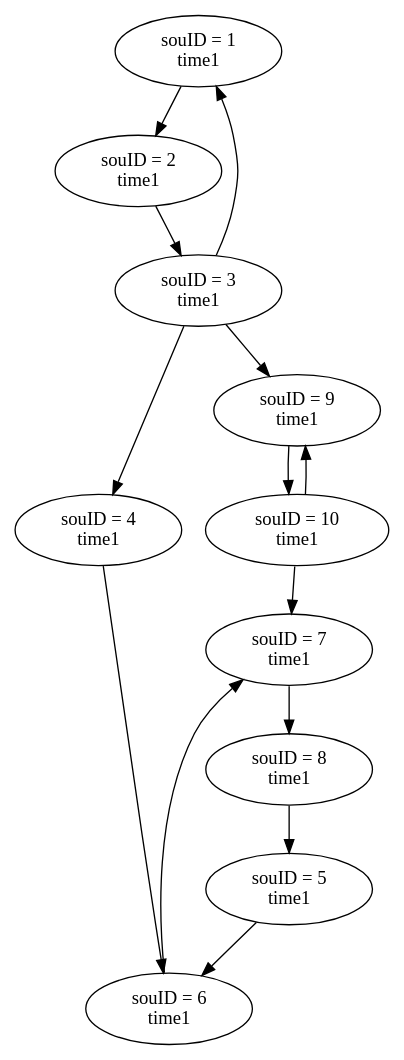
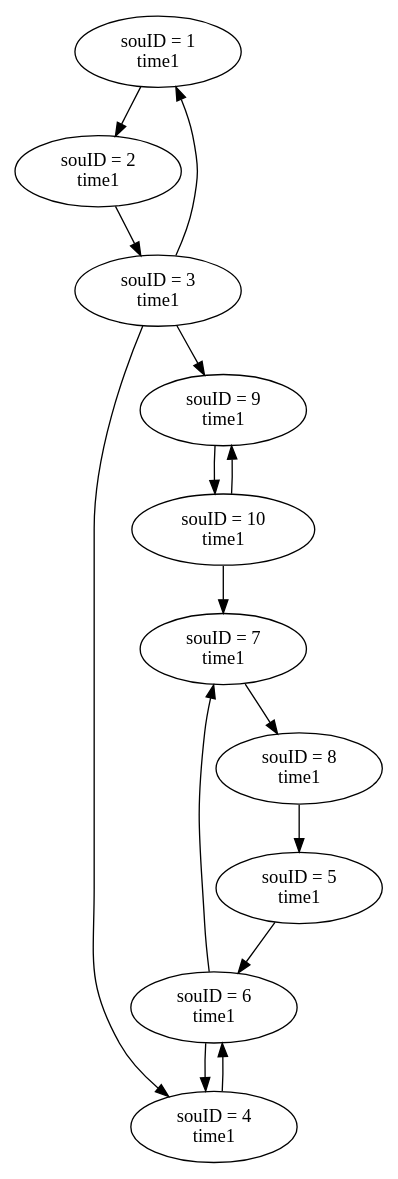
One commit to zzzzzec/work changed the diagram in gt/originGraph/graph1.gv. Above: the diagram before and after it, drawn with Graphviz. The commit also changed 76 other files, not shown here.

```diff
--- a/gt/originGraph/graph1.gv
+++ b/gt/originGraph/graph1.gv
@@ -1,36 +1,37 @@
 // OriginGraph1
 digraph {
 	1 [label="souID = 1
 time1"]
 	2 [label="souID = 2
 time1"]
 	3 [label="souID = 3
 time1"]
 	4 [label="souID = 4
 time1"]
 	5 [label="souID = 5
 time1"]
 	6 [label="souID = 6
 time1"]
 	7 [label="souID = 7
 time1"]
 	8 [label="souID = 8
 time1"]
 	9 [label="souID = 9
 time1"]
 	10 [label="souID = 10
 time1"]
 	1 -> 2
 	2 -> 3
 	3 -> 1
 	3 -> 9
 	3 -> 4
 	4 -> 6
 	5 -> 6
 	6 -> 7
+	6 -> 4
 	7 -> 8
 	8 -> 5
 	9 -> 10
 	10 -> 9
 	10 -> 7
 }
```
